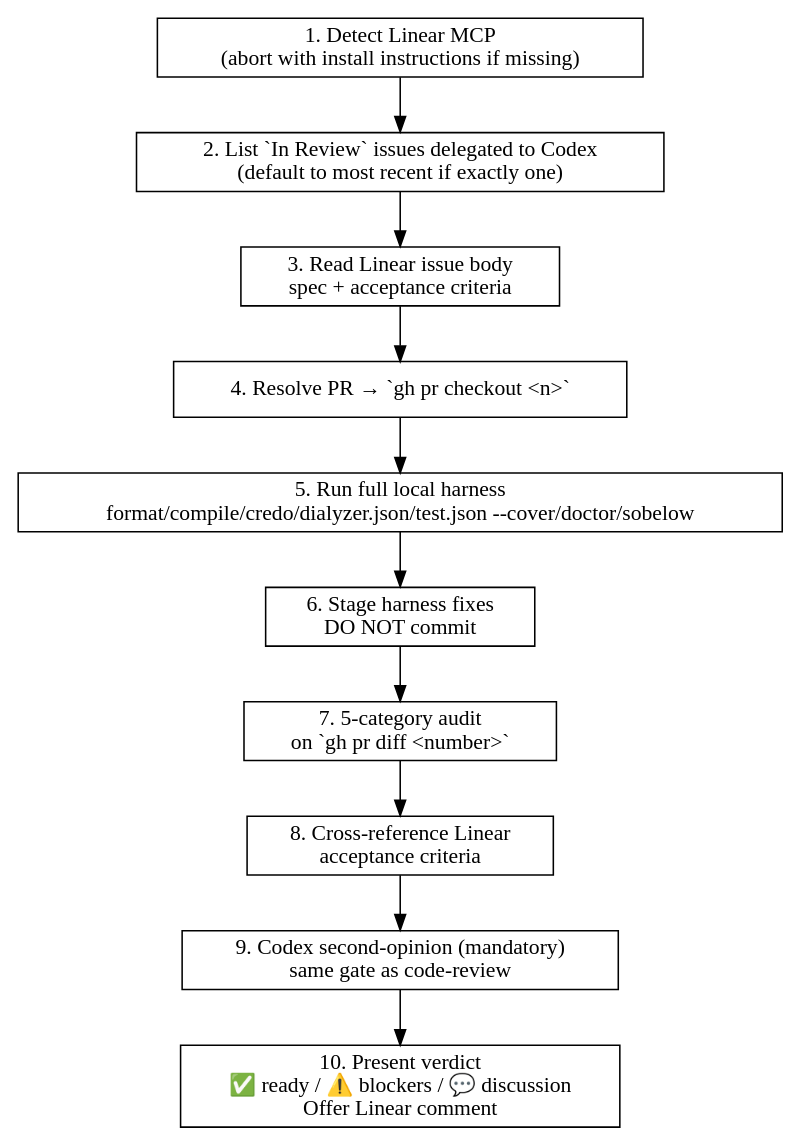
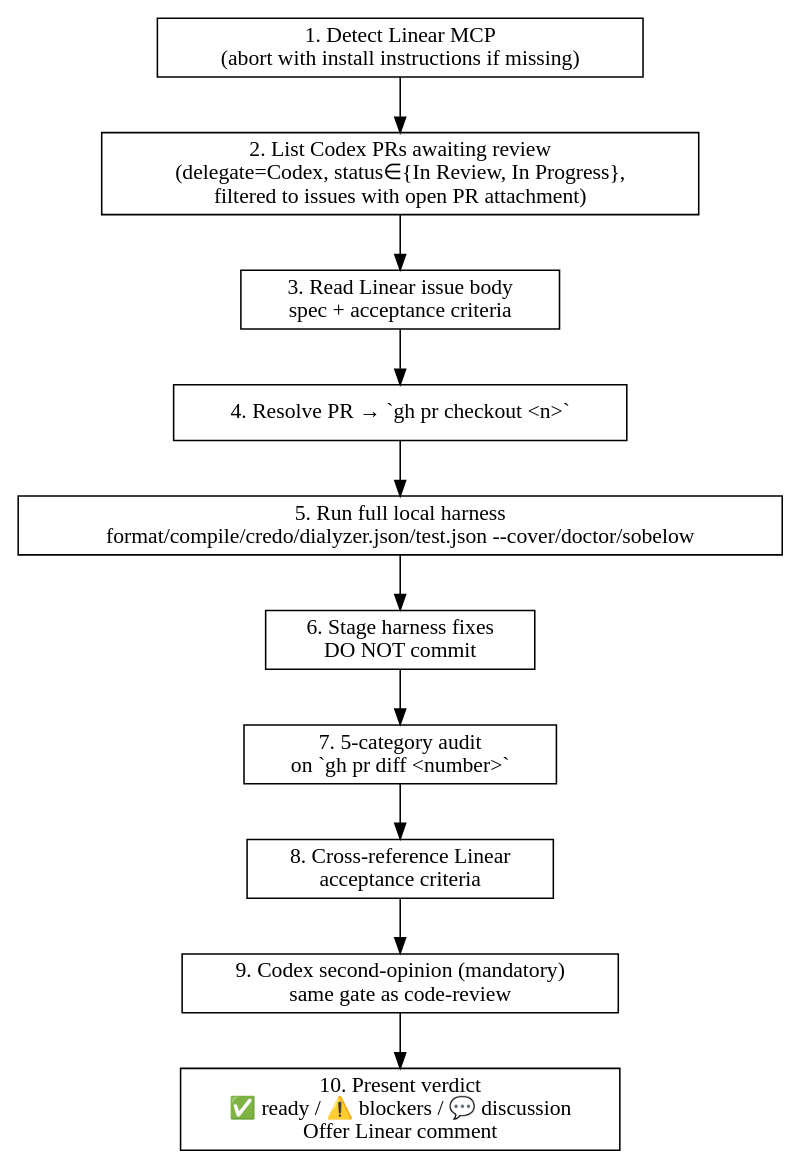
Before and after one commit to ZenHive/claude-marketplace-elixir: the diagram in plugins/staged-review/skills/commit-review/SKILL.md, drawn with Graphviz. The commit also changed other lines of this file and 2 other files, not shown here.

First line of the commit message:
Bump staged-review 1.7.0 → 1.8.0: broaden commit-review polling

````diff
--- a/plugins/staged-review/skills/commit-review/SKILL.md
+++ b/plugins/staged-review/skills/commit-review/SKILL.md
@@ -43,19 +43,19 @@
 ```dot
 digraph commit_review {
   rankdir=TB;
   node [shape=box];
 
   detect    [label="1. Detect Linear MCP\n(abort with install instructions if missing)"];
-  list      [label="2. List `In Review` issues delegated to Codex\n(default to most recent if exactly one)"];
+  list      [label="2. List Codex PRs awaiting review\n(delegate=Codex, status∈{In Review, In Progress},\nfiltered to issues with open PR attachment)"];
   spec      [label="3. Read Linear issue body\nspec + acceptance criteria"];
   checkout  [label="4. Resolve PR → `gh pr checkout <n>`"];
   harness   [label="5. Run full local harness\nformat/compile/credo/dialyzer.json/test.json --cover/doctor/sobelow"];
   fix       [label="6. Stage harness fixes\nDO NOT commit"];
   audit     [label="7. 5-category audit\non `gh pr diff <number>`"];
   cross     [label="8. Cross-reference Linear\nacceptance criteria"];
   codex     [label="9. Codex second-opinion (mandatory)\nsame gate as code-review"];
   verdict   [label="10. Present verdict\n✅ ready / ⚠️ blockers / 💬 discussion\nOffer Linear comment"];
 
   detect -> list -> spec -> checkout -> harness -> fix -> audit -> cross -> codex -> verdict;
 }
 ```
````
